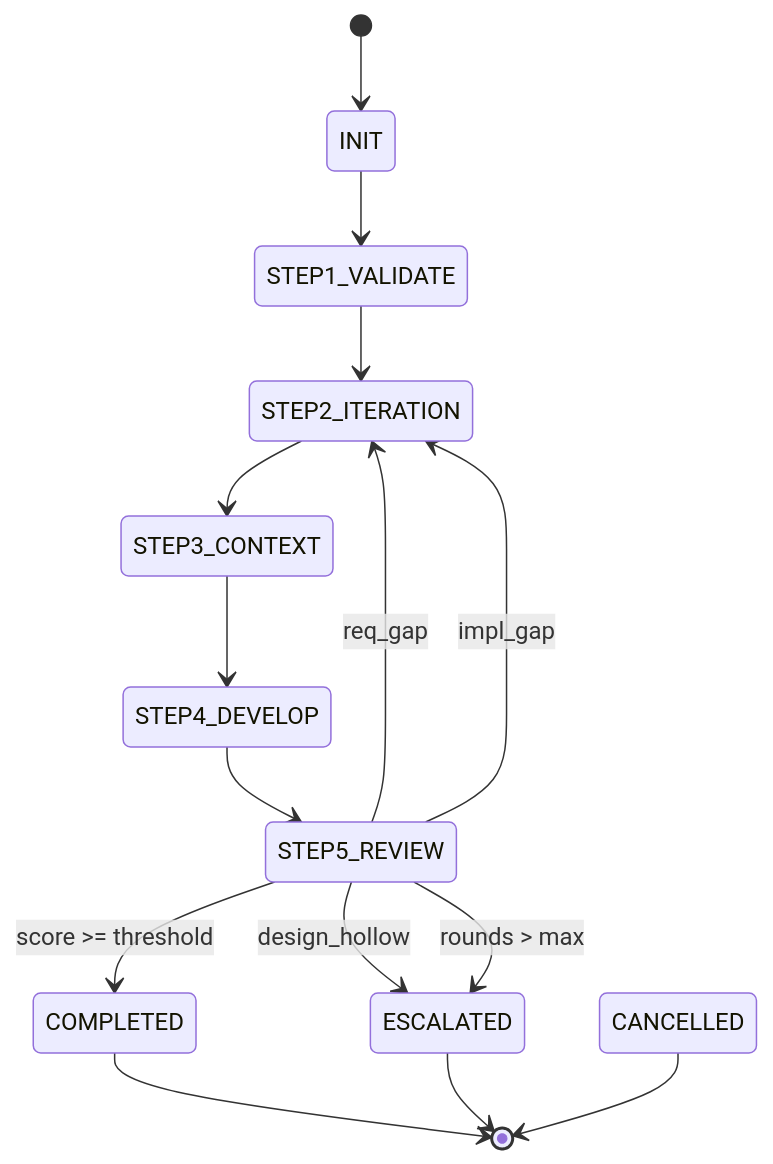
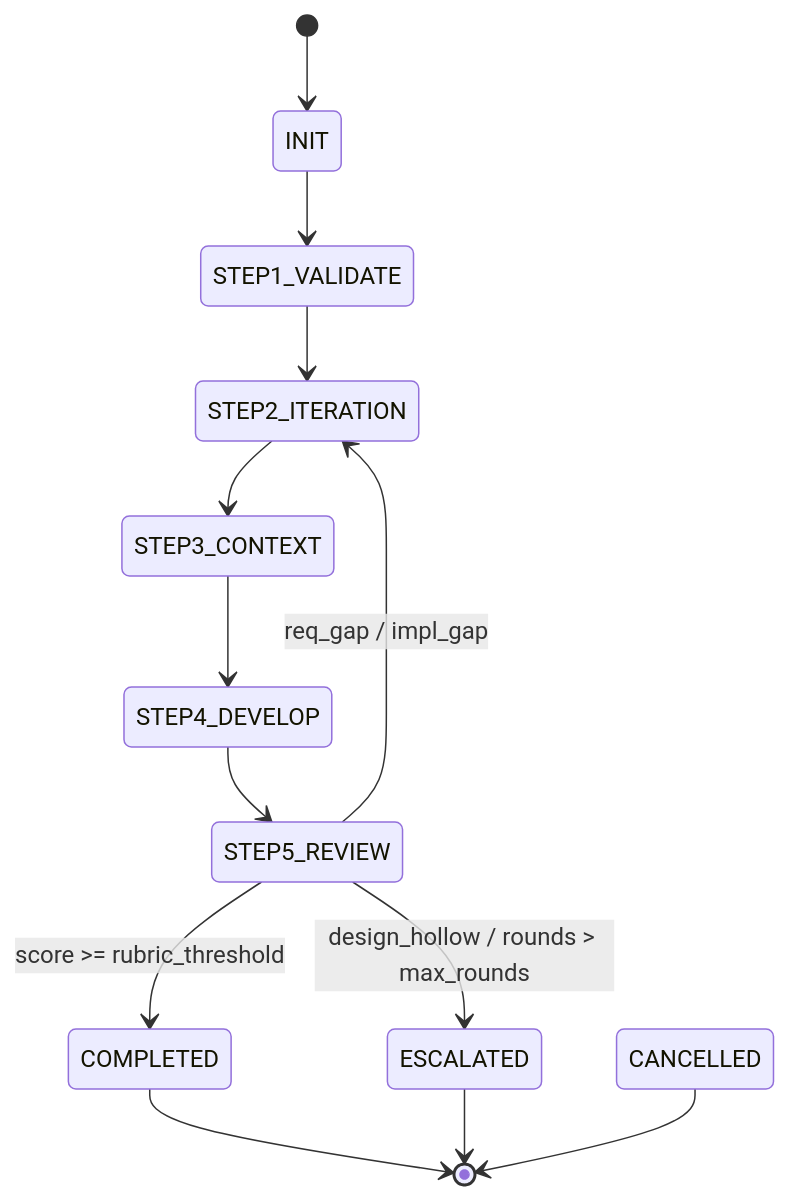
Before and after one commit to vaxtomis/cooagents: the sixth of 6 diagrams in README.md, drawn with Mermaid. The commit also changed other lines of this file, not shown here.

````diff
--- a/README.md
+++ b/README.md
@@ -238,17 +291,15 @@
 ```mermaid
 stateDiagram-v2
   [*] --> INIT
   INIT --> STEP1_VALIDATE
   STEP1_VALIDATE --> STEP2_ITERATION
   STEP2_ITERATION --> STEP3_CONTEXT
   STEP3_CONTEXT --> STEP4_DEVELOP
   STEP4_DEVELOP --> STEP5_REVIEW
-  STEP5_REVIEW --> COMPLETED: score >= threshold
-  STEP5_REVIEW --> STEP2_ITERATION: req_gap
-  STEP5_REVIEW --> STEP2_ITERATION: impl_gap
-  STEP5_REVIEW --> ESCALATED: design_hollow
-  STEP5_REVIEW --> ESCALATED: rounds > max
+  STEP5_REVIEW --> COMPLETED: score >= rubric_threshold
+  STEP5_REVIEW --> STEP2_ITERATION: req_gap / impl_gap
+  STEP5_REVIEW --> ESCALATED: design_hollow / rounds > max_rounds
   COMPLETED --> [*]
   ESCALATED --> [*]
   CANCELLED --> [*]
 ```
````
